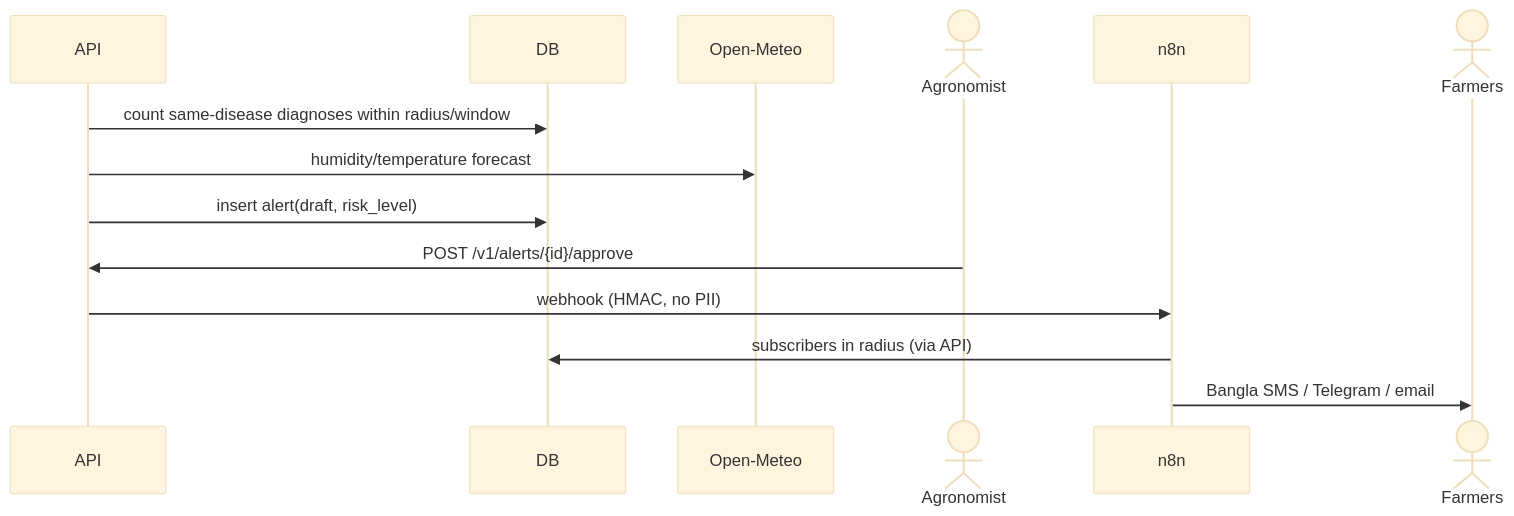
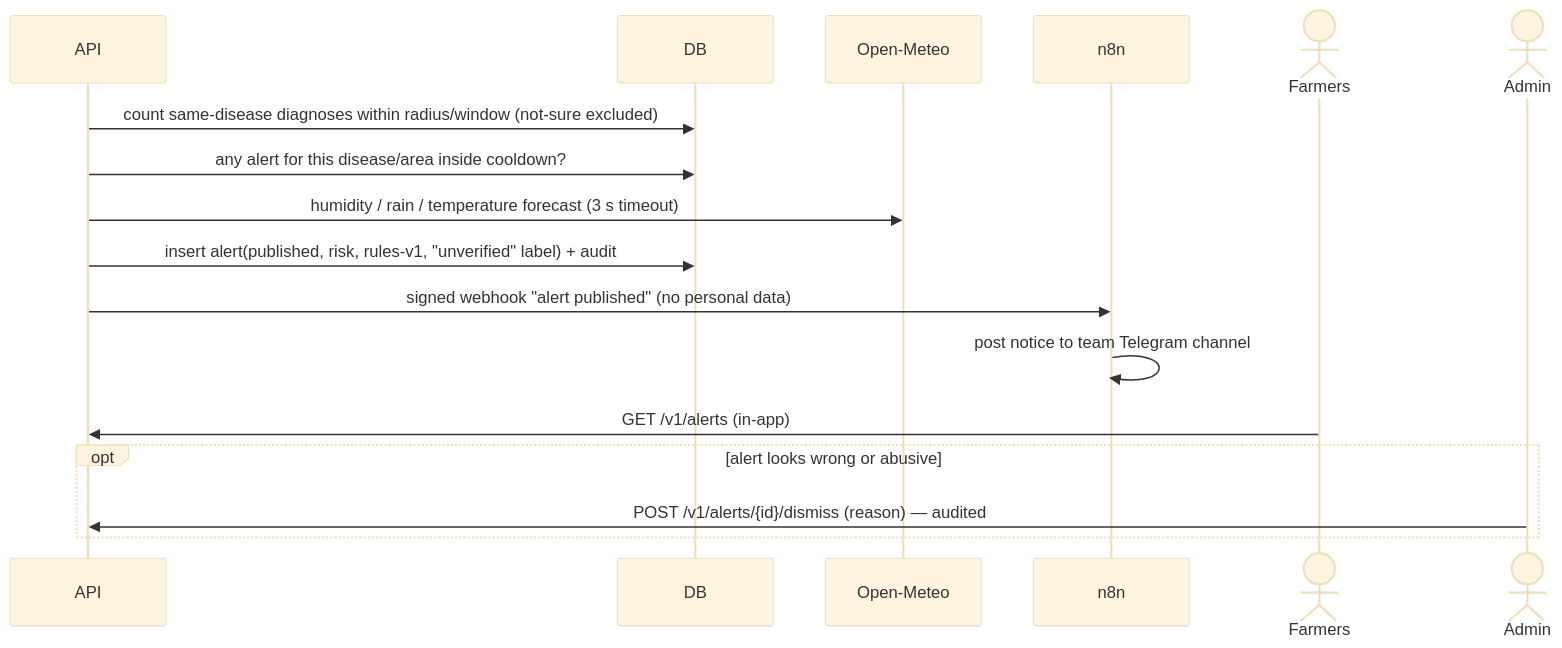
Before and after one commit to muhtasim-apon/Infinity_AI_Buildfest: the third of 5 diagrams in cropguardian/docs/architecture/sequence-diagrams.md, drawn with Mermaid (base theme). The commit also changed other lines of this file and 221 other files, not shown here.

````diff
--- a/cropguardian/docs/architecture/sequence-diagrams.md
+++ b/cropguardian/docs/architecture/sequence-diagrams.md
@@ -67,16 +50,19 @@
 ```mermaid
 sequenceDiagram
   participant API
   participant DB
   participant OM as Open-Meteo
-  actor Agro as Agronomist
   participant N8N as n8n
   actor Farmers
-  API->>DB: count same-disease diagnoses within radius/window
-  API->>OM: humidity/temperature forecast
-  API->>DB: insert alert(draft, risk_level)
-  Agro->>API: POST /v1/alerts/{id}/approve
-  API->>N8N: webhook (HMAC, no PII)
-  N8N->>DB: subscribers in radius (via API)
-  N8N->>Farmers: Bangla SMS / Telegram / email
+  actor Admin
+  API->>DB: count same-disease diagnoses within radius/window (not-sure excluded)
+  API->>DB: any alert for this disease/area inside cooldown?
+  API->>OM: humidity / rain / temperature forecast (3 s timeout)
+  API->>DB: insert alert(published, risk, rules-v1, "unverified" label) + audit
+  API->>N8N: signed webhook "alert published" (no personal data)
+  N8N->>N8N: post notice to team Telegram channel
+  Farmers->>API: GET /v1/alerts (in-app)
+  opt alert looks wrong or abusive
+    Admin->>API: POST /v1/alerts/{id}/dismiss (reason) — audited
+  end
 ```
````
